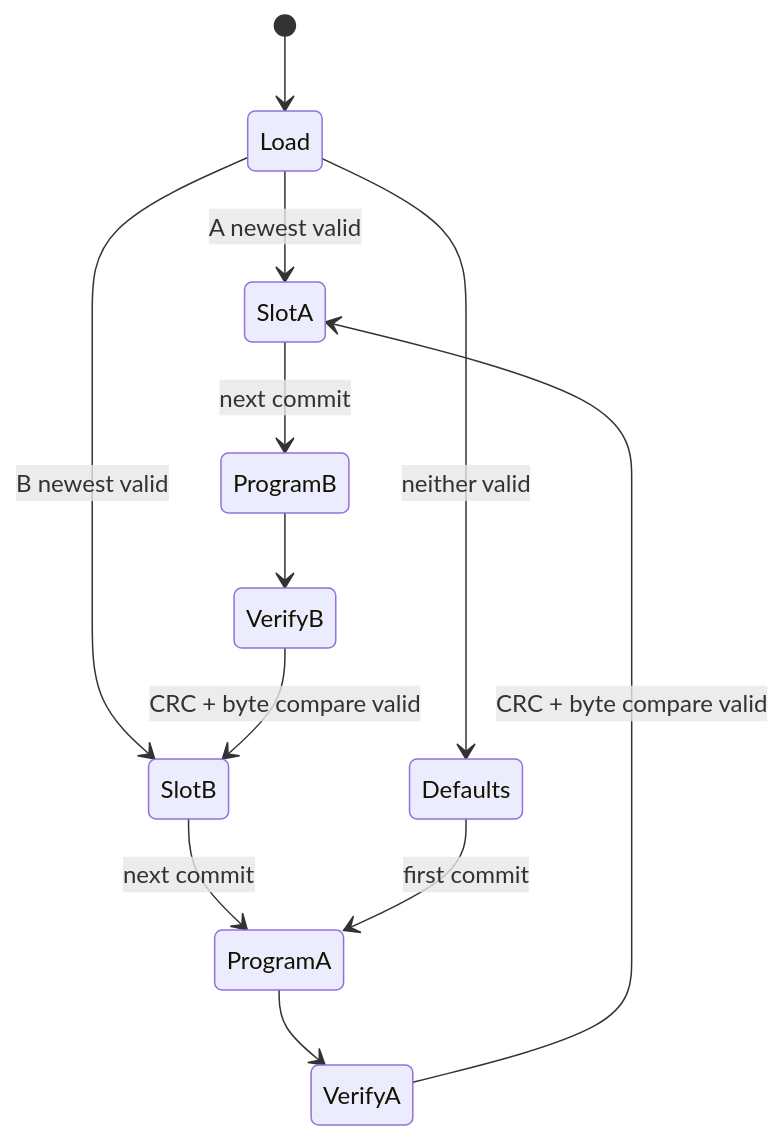
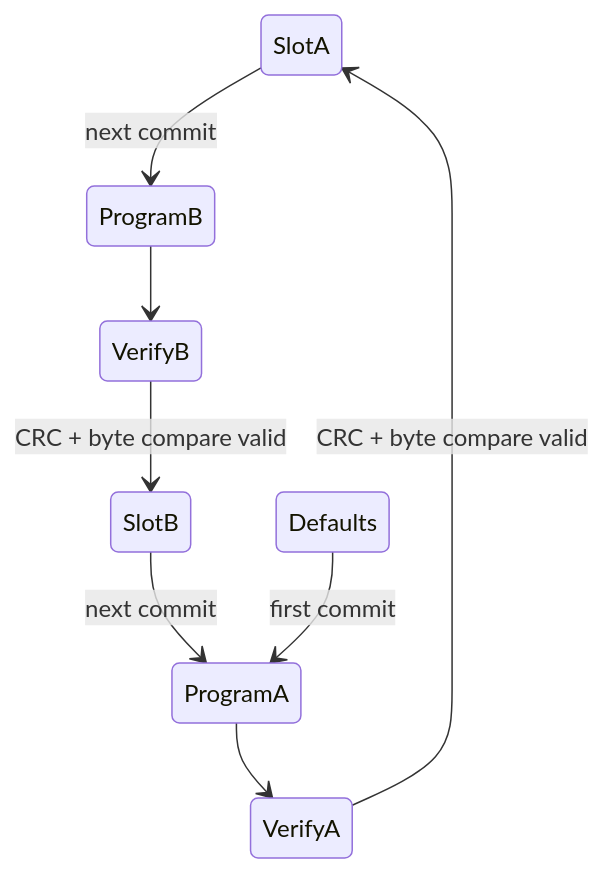
The second of 2 diagrams in docs/metadata-and-boot-decision.md (haikevins/secure-delta-ota-bootloader), drawn with Mermaid before and after one commit. The commit also changed other lines of this file and 8 other files, not shown here.

````diff
--- a/docs/metadata-and-boot-decision.md
+++ b/docs/metadata-and-boot-decision.md
@@ -69,14 +82,11 @@
 ```mermaid
 stateDiagram-v2
-    [*] --> Load
-    Load --> SlotA: A newest valid
-    Load --> SlotB: B newest valid
-    Load --> Defaults: neither valid
+    direction TB
     SlotA --> ProgramB: next commit
+    ProgramB --> VerifyB
+    VerifyB --> SlotB: CRC + byte compare valid
     SlotB --> ProgramA: next commit
     Defaults --> ProgramA: first commit
     ProgramA --> VerifyA
-    ProgramB --> VerifyB
     VerifyA --> SlotA: CRC + byte compare valid
-    VerifyB --> SlotB: CRC + byte compare valid
 ```
````
